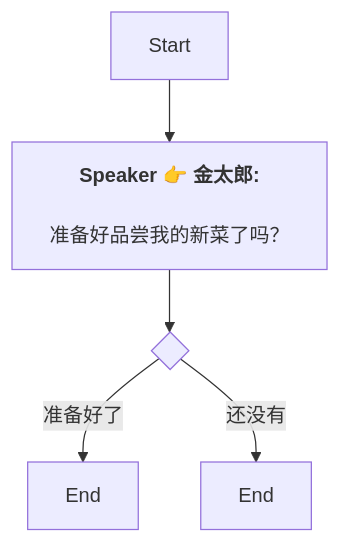
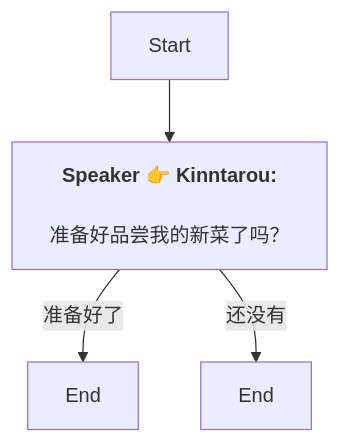
Before and after one commit to SoftHu/tos_avg: the diagram in Zh/QuestTalkObjectiveNode_1757653813027427.md, drawn with Mermaid. The commit also changed 737 other files, not shown here.

````diff
--- a/Zh/QuestTalkObjectiveNode_1757653813027427.md
+++ b/Zh/QuestTalkObjectiveNode_1757653813027427.md
@@ -1,10 +1,8 @@
 ```mermaid
 graph
-Start -->1757654079816294[<b>Speaker 👉 金太郎:</b>
+Start -->1757654079816294[<b>Speaker 👉 Kinntarou:</b>
+\n准备好品尝我的新菜了吗？]
+1757654079816294 -->|准备好了|1757655003113068[End]
+1757654079816294 -->|还没有|1757655008383597[End]
 
-准备好品尝我的新菜了吗？]
-1757654079816294 -->1757654099408487{ }
-1757654099408487 -->|准备好了|1757655003113068[End]
-1757654099408487 -->|还没有|1757655008383597[End]
-
- ```
+```
````
